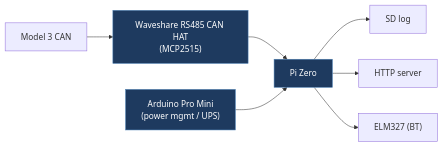
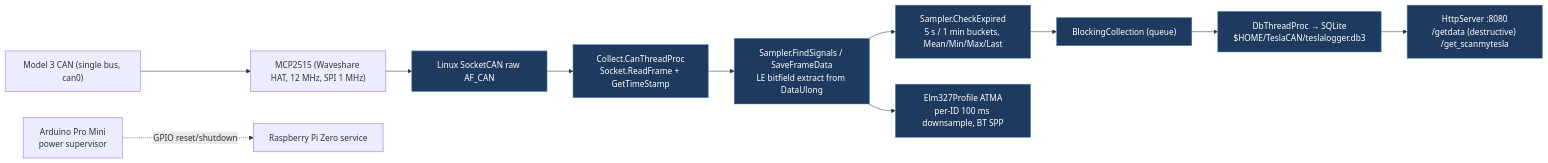
Before and after one commit to babico/TeslaCANModder: the first of 2 diagrams in docs/legacy/mgerczuk-TeslaCANPi.md, drawn with Mermaid. The commit also changed other lines of this file and 99 other files, not shown here.

````diff
--- a/docs/legacy/mgerczuk-TeslaCANPi.md
+++ b/docs/legacy/mgerczuk-TeslaCANPi.md
@@ -19,11 +142,15 @@
 ```mermaid
 flowchart LR
-    Car["Model 3 CAN"] --> HAT["Waveshare RS485 CAN HAT<br/>(MCP2515)"]
-    HAT --> Pi["Pi Zero"]
-    Arduino["Arduino Pro Mini<br/>(power mgmt / UPS)"] --> Pi
-    Pi --> SD["SD log"]
-    Pi --> HTTP["HTTP server"]
-    Pi --> ELM["ELM327 (BT)"]
+    Bus["Model 3 CAN (single bus, can0)"] --> Mcp["MCP2515 (Waveshare HAT, 12 MHz, SPI 1 MHz)"]
+    Mcp --> Sk["Linux SocketCAN raw AF_CAN"]
+    Sk --> Rd["Collect.CanThreadProc<br/>Socket.ReadFrame + GetTimeStamp"]
+    Rd --> Dcd["Sampler.FindSignals / SaveFrameData<br/>LE bitfield extract from DataUlong"]
+    Dcd --> Agg["Sampler.CheckExpired<br/>5 s / 1 min buckets, Mean/Min/Max/Last"]
+    Agg --> Q["BlockingCollection (queue)"]
+    Q --> Db["DbThreadProc → SQLite<br/>$HOME/TeslaCAN/teslalogger.db3"]
+    Db --> Http["HttpServer :8080<br/>/getdata (destructive) /get_scanmytesla"]
+    Dcd --> Elm["Elm327Profile ATMA<br/>per-ID 100 ms downsample, BT SPP"]
+    Arduino["Arduino Pro Mini<br/>power supervisor"] -. GPIO reset/shutdown .-> Pi["Raspberry Pi Zero service"]
     classDef path fill:#1e3a5f,stroke:#4a7fb5,color:#fff
-    class HAT,Pi,Arduino path
+    class Sk,Rd,Dcd,Agg,Q,Db,Http,Elm path
 ```
````
